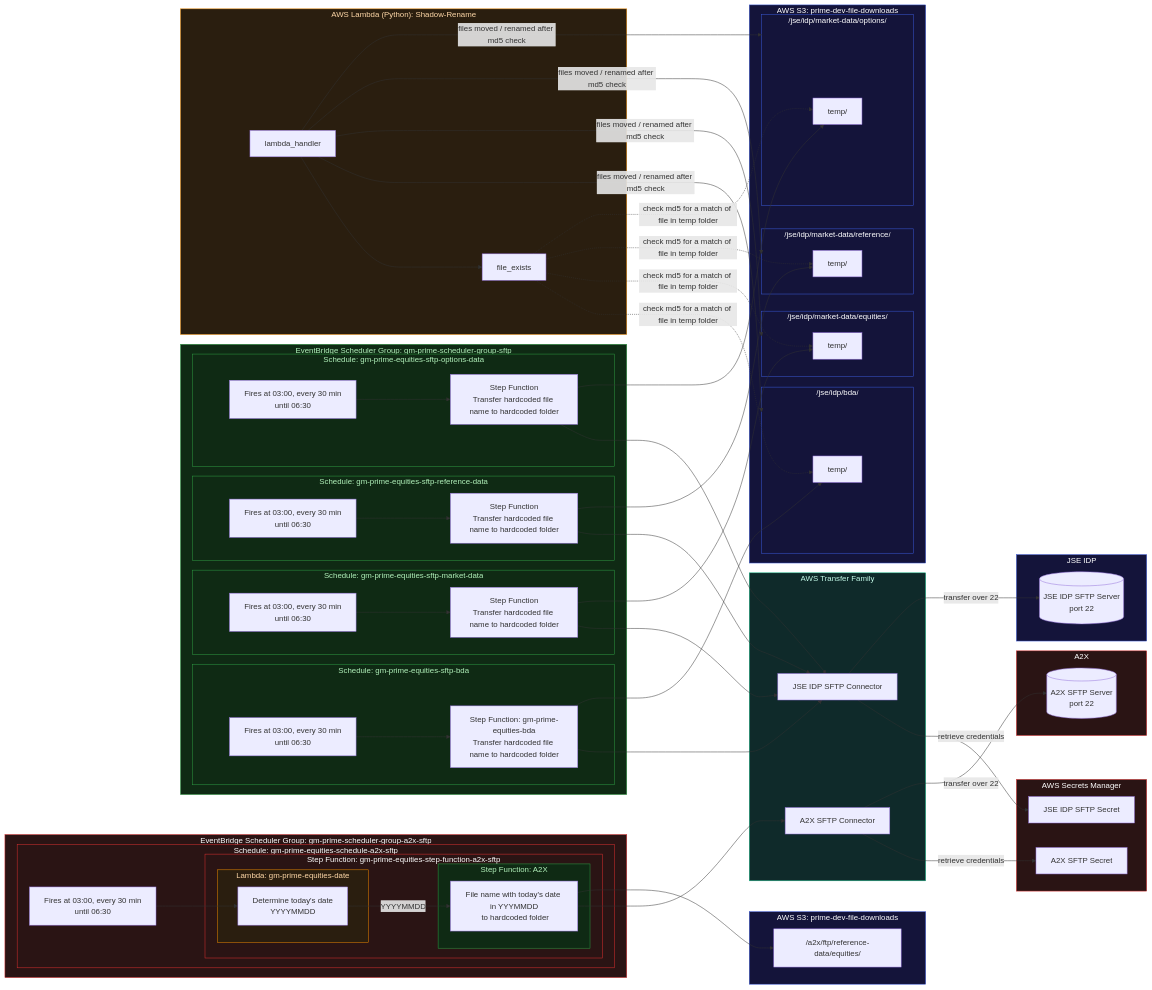
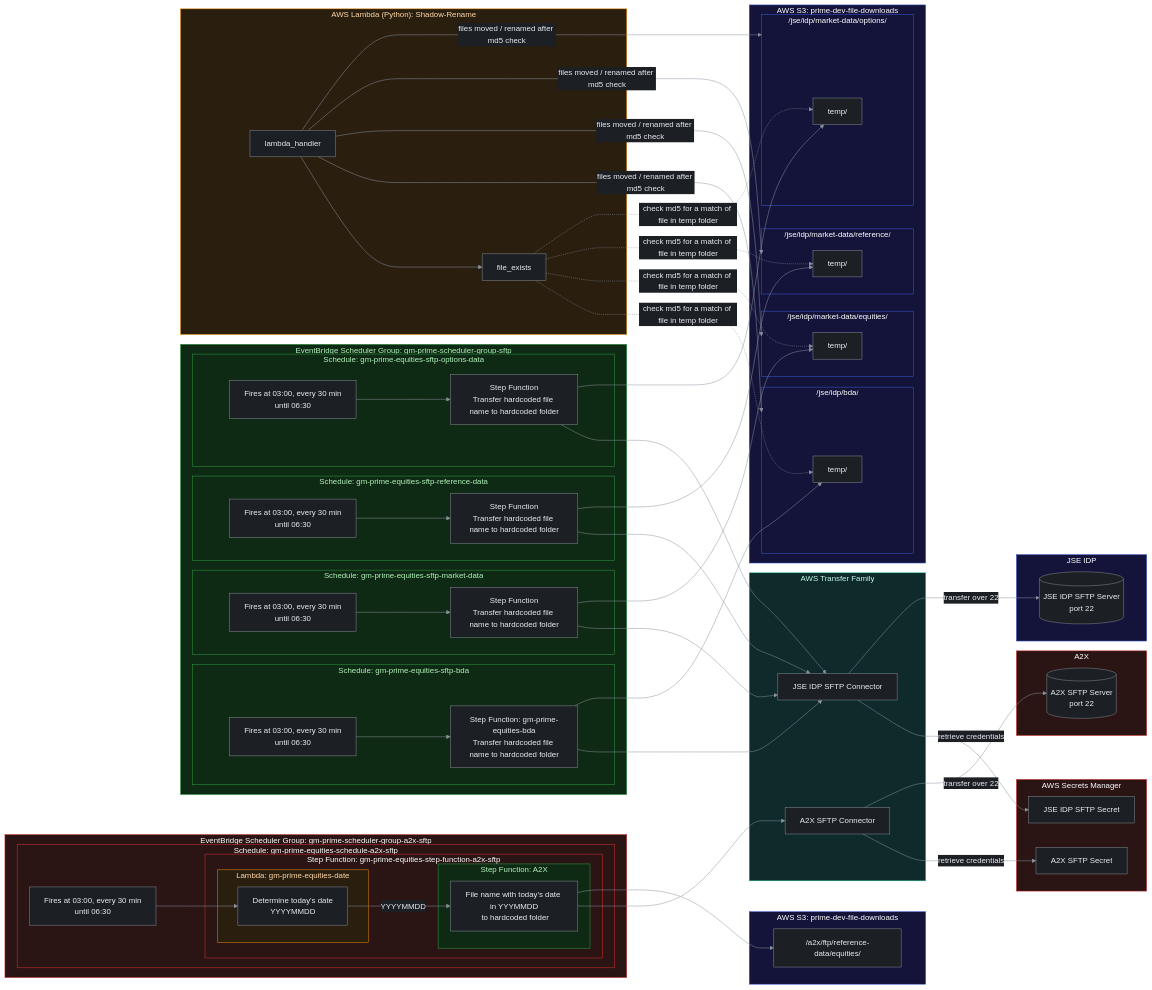
One commit to neolace/reimagined-robot changed the diagram in README.md. Above: the diagram before and after it, drawn with Mermaid. The commit also changed other lines of this file and 7 other files, not shown here.

````diff
--- a/README.md
+++ b/README.md
@@ -41,4 +41,5 @@
 ```mermaid
+%%{init: {"theme": "base", "themeVariables": {"darkMode": true, "background": "#0d1117", "primaryColor": "#1c1f24", "primaryTextColor": "#e9ecef", "primaryBorderColor": "#868e96", "lineColor": "#8b949e", "arrowheadColor": "#8b949e", "clusterBkg": "#161b22", "clusterBorder": "#495057", "titleColor": "#e9ecef", "edgeLabelBackground": "#1c1f24", "noteBkgColor": "#2a1e0f", "noteTextColor": "#ffd8a8", "noteBorderColor": "#f08c00"}}}%%
 flowchart LR
     %% ---------- External SFTP servers ----------
     subgraph EXT_A2X["A2X"]
````
